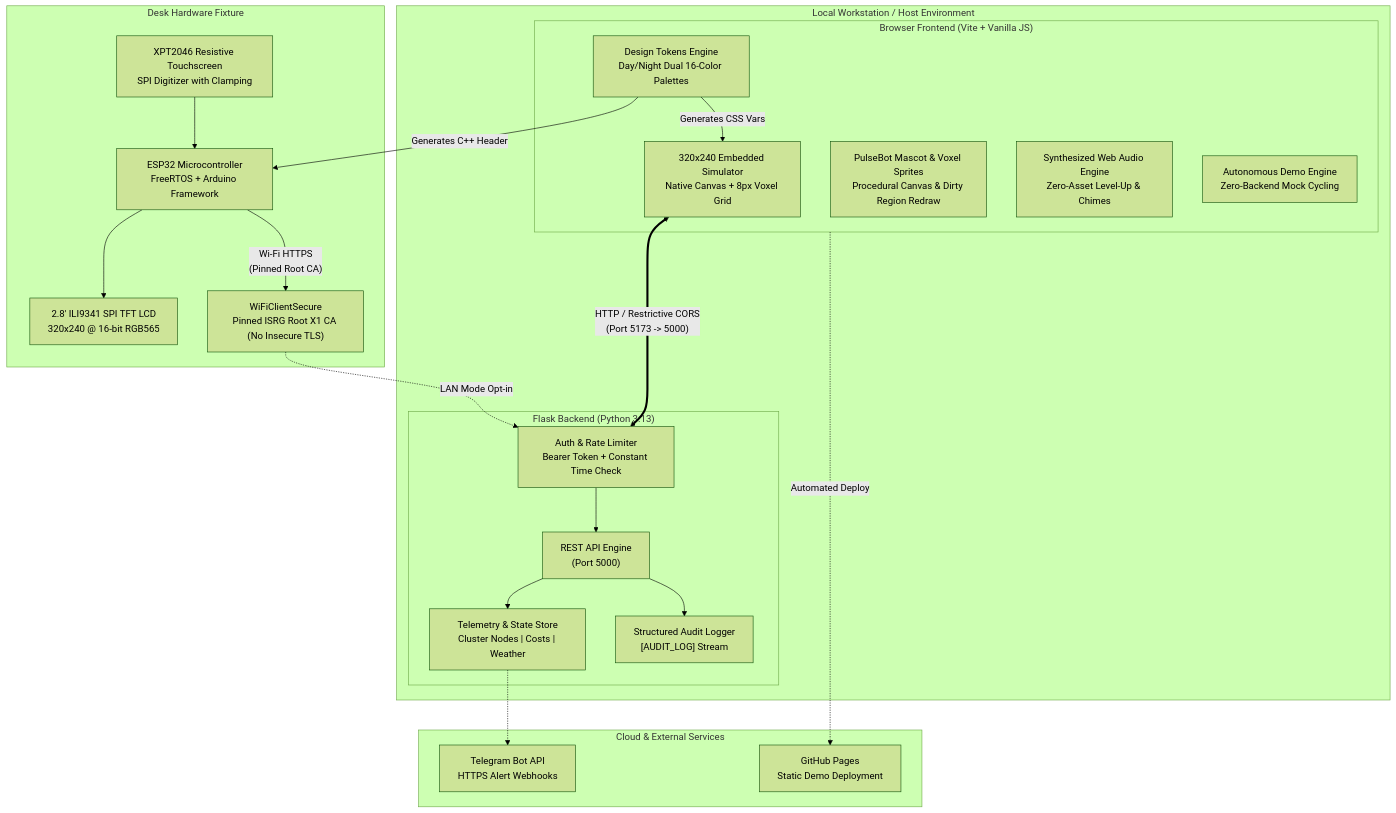
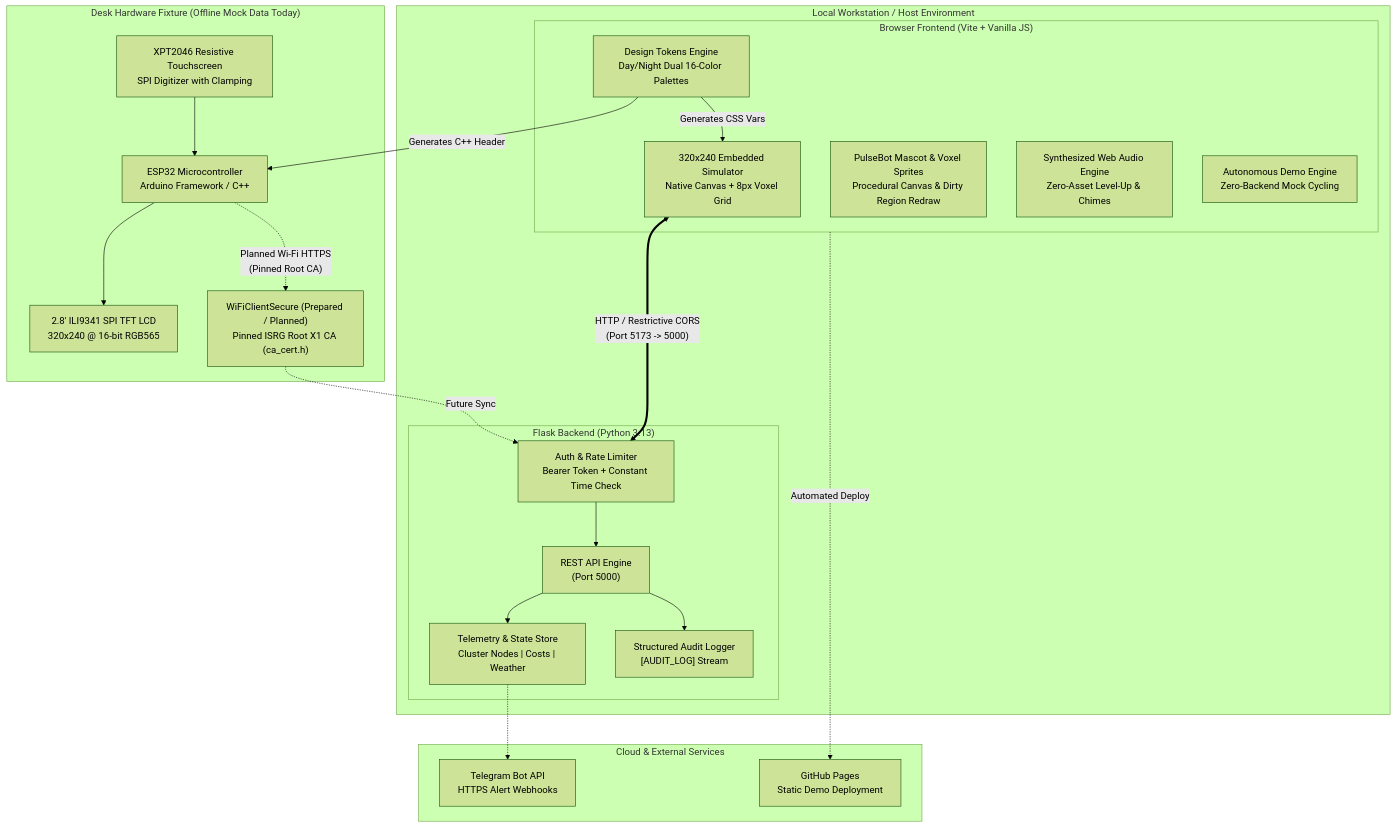
Before and after one commit to keerthana3484/pulsebox-cyber-desk: the diagram in README.md, drawn with Mermaid (forest theme). The commit also changed other lines of this file and 30 other files, not shown here.

````diff
--- a/README.md
+++ b/README.md
@@ -80,47 +84,47 @@
 ```mermaid
 flowchart TD
     subgraph Local_Workstation ["Local Workstation / Host Environment"]
         subgraph Flask_Backend ["Flask Backend (Python 3.13)"]
             API_Engine["REST API Engine\n(Port 5000)"]
             Auth_Layer["Auth & Rate Limiter\nBearer Token + Constant Time Check"]
             Telemetry["Telemetry & State Store\nCluster Nodes | Costs | Weather"]
             Audit_Log["Structured Audit Logger\n[AUDIT_LOG] Stream"]
         end
 
         subgraph Web_Client ["Browser Frontend (Vite + Vanilla JS)"]
             Simulator["320x240 Embedded Simulator\nNative Canvas + 8px Voxel Grid"]
             Design_Tokens["Design Tokens Engine\nDay/Night Dual 16-Color Palettes"]
             Procedural_Art["PulseBot Mascot & Voxel Sprites\nProcedural Canvas & Dirty Region Redraw"]
             Audio_Engine["Synthesized Web Audio Engine\nZero-Asset Level-Up & Chimes"]
             Demo_Mode["Autonomous Demo Engine\nZero-Backend Mock Cycling"]
         end
     end
 
-    subgraph Physical_Hardware ["Desk Hardware Fixture"]
-        ESP32["ESP32 Microcontroller\nFreeRTOS + Arduino Framework"]
+    subgraph Physical_Hardware ["Desk Hardware Fixture (Offline Mock Data Today)"]
+        ESP32["ESP32 Microcontroller\nArduino Framework / C++"]
         TFT_Display["2.8' ILI9341 SPI TFT LCD\n320x240 @ 16-bit RGB565"]
         Touchscreen["XPT2046 Resistive Touchscreen\nSPI Digitizer with Clamping"]
-        Firmware_TLS["WiFiClientSecure\nPinned ISRG Root X1 CA (No Insecure TLS)"]
+        Firmware_TLS["WiFiClientSecure (Prepared / Planned)\nPinned ISRG Root X1 CA (ca_cert.h)"]
     end
 
     subgraph External_Cloud ["Cloud & External Services"]
         Telegram_API["Telegram Bot API\nHTTPS Alert Webhooks"]
         GitHub_Pages["GitHub Pages\nStatic Demo Deployment"]
     end
 
     %% Connections
     Simulator <== "HTTP / Restrictive CORS\n(Port 5173 -> 5000)" ==> Auth_Layer
     Auth_Layer --> API_Engine
     API_Engine --> Telemetry
     API_Engine --> Audit_Log
     Telemetry -.-> Telegram_API
 
     ESP32 --> TFT_Display
     Touchscreen --> ESP32
-    ESP32 -- "Wi-Fi HTTPS\n(Pinned Root CA)" --> Firmware_TLS
-    Firmware_TLS -. "LAN Mode Opt-in" .-> Auth_Layer
+    ESP32 -. "Planned Wi-Fi HTTPS\n(Pinned Root CA)" .-> Firmware_TLS
+    Firmware_TLS -. "Future Sync" .-> Auth_Layer
 
     Design_Tokens -- "Generates CSS Vars" --> Simulator
     Design_Tokens -- "Generates C++ Header" --> ESP32
     Web_Client -. "Automated Deploy" .-> GitHub_Pages
 ```
````
